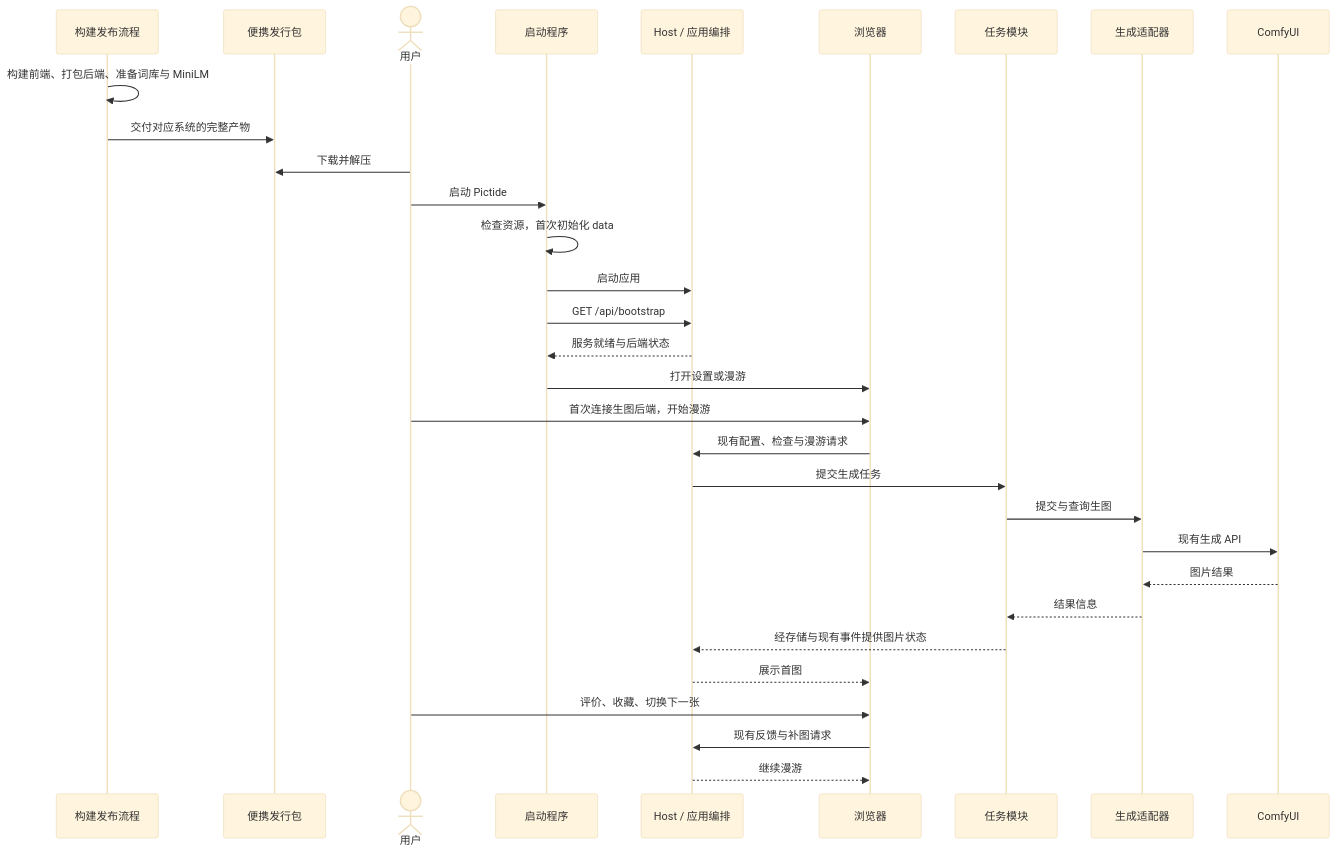
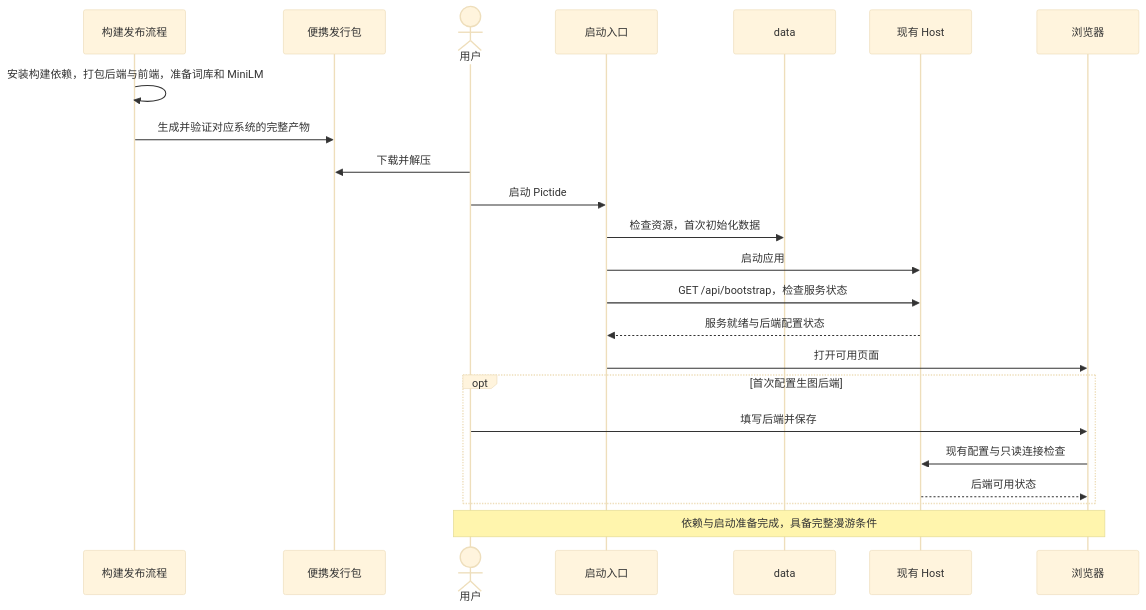
Before and after one commit to Lykr/pictide: the second of 2 diagrams in docs/issues/automatic-startup.md, drawn with Mermaid (base theme). The commit also changed other lines of this file and 1 other file, not shown here.

````diff
--- a/docs/issues/automatic-startup.md
+++ b/docs/issues/automatic-startup.md
@@ -43,33 +40,25 @@
 ```mermaid
 sequenceDiagram
     participant Dev as 构建发布流程
     participant Package as 便携发行包
     actor User as 用户
-    participant Start as 启动程序
-    participant Host as Host / 应用编排
+    participant Start as 启动入口
+    participant Data as data
+    participant Host as 现有 Host
     participant UI as 浏览器
-    participant Task as 任务模块
-    participant Generation as 生成适配器
-    participant Comfy as ComfyUI
-    Dev->>Dev: 构建前端、打包后端、准备词库与 MiniLM
-    Dev->>Package: 交付对应系统的完整产物
+    Dev->>Dev: 安装构建依赖，打包后端与前端，准备词库和 MiniLM
+    Dev->>Package: 生成并验证对应系统的完整产物
     User->>Package: 下载并解压
     User->>Start: 启动 Pictide
-    Start->>Start: 检查资源，首次初始化 data
+    Start->>Data: 检查资源，首次初始化数据
     Start->>Host: 启动应用
-    Start->>Host: GET /api/bootstrap
-    Host-->>Start: 服务就绪与后端状态
-    Start->>UI: 打开设置或漫游
-    User->>UI: 首次连接生图后端，开始漫游
-    UI->>Host: 现有配置、检查与漫游请求
-    Host->>Task: 提交生成任务
-    Task->>Generation: 提交与查询生图
-    Generation->>Comfy: 现有生成 API
-    Comfy-->>Generation: 图片结果
-    Generation-->>Task: 结果信息
-    Task-->>Host: 经存储与现有事件提供图片状态
-    Host-->>UI: 展示首图
-    User->>UI: 评价、收藏、切换下一张
-    UI->>Host: 现有反馈与补图请求
-    Host-->>UI: 继续漫游
+    Start->>Host: GET /api/bootstrap，检查服务状态
+    Host-->>Start: 服务就绪与后端配置状态
+    Start->>UI: 打开可用页面
+    opt 首次配置生图后端
+        User->>UI: 填写后端并保存
+        UI->>Host: 现有配置与只读连接检查
+        Host-->>UI: 后端可用状态
+    end
+    Note over User,UI: 依赖与启动准备完成，具备完整漫游条件
 ```
````
